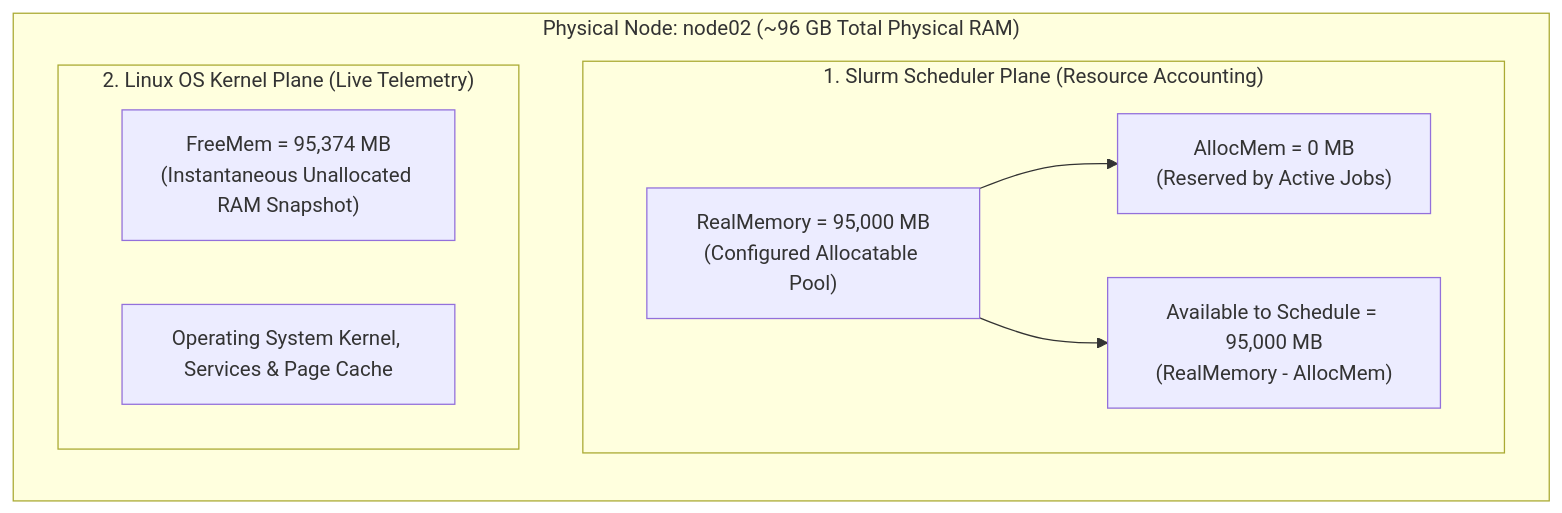
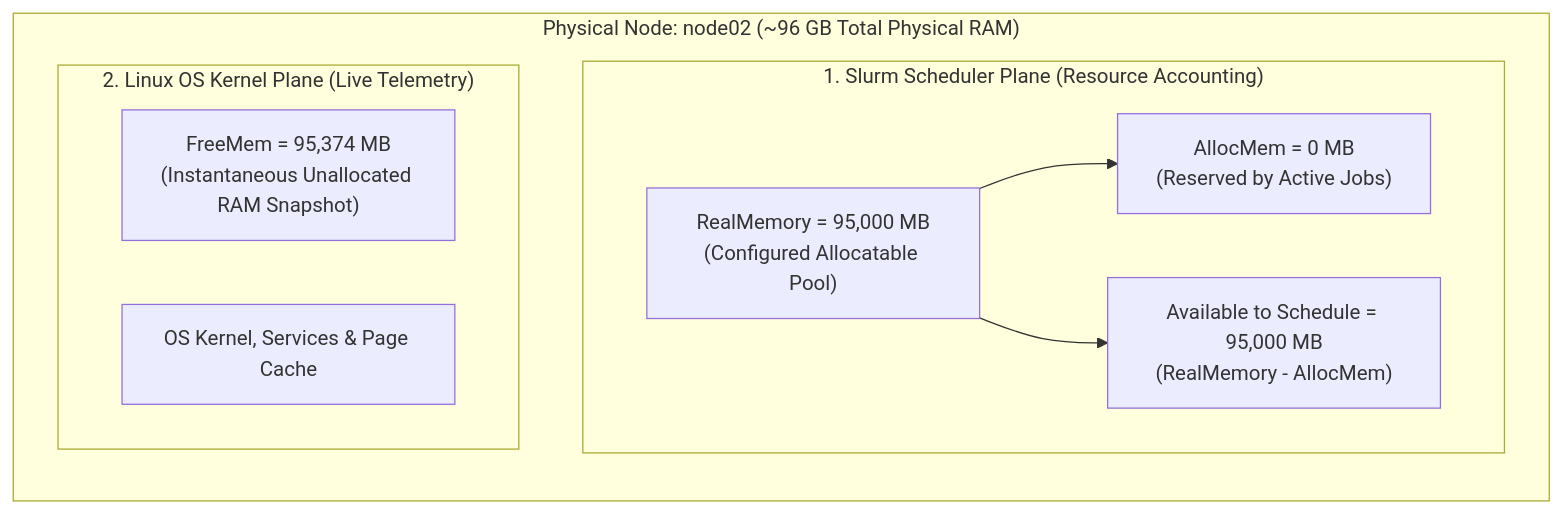
One commit to ahmad-sakib/ahmad-sakib.github.io changed the second of 6 diagrams in _pages/hpc-meep/01-know-your-hpc.md. Above: the diagram before and after it, drawn with Mermaid. The commit also changed other lines of this file and 5 other files, not shown here.

````diff
--- a/_pages/hpc-meep/01-know-your-hpc.md
+++ b/_pages/hpc-meep/01-know-your-hpc.md
@@ -216,19 +243,19 @@
 ```mermaid
 flowchart TD
     subgraph PhysicalServer ["Physical Node: node02 (~96 GB Total Physical RAM)"]
         direction TB
         
         subgraph SlurmPerspective ["1. Slurm Scheduler Plane (Resource Accounting)"]
             RM["RealMemory = 95,000 MB\n(Configured Allocatable Pool)"]
             Alloc["AllocMem = 0 MB\n(Reserved by Active Jobs)"]
             SchedAvail["Available to Schedule = 95,000 MB\n(RealMemory - AllocMem)"]
             RM --> Alloc
             RM --> SchedAvail
         end
 
         subgraph OSPerspective ["2. Linux OS Kernel Plane (Live Telemetry)"]
             Free["FreeMem = 95,374 MB\n(Instantaneous Unallocated RAM Snapshot)"]
-            OSOverhead["Operating System Kernel, Services & Page Cache"]
+            OSOverhead["OS Kernel, Services & Page Cache"]
         end
     end
 ```
````
